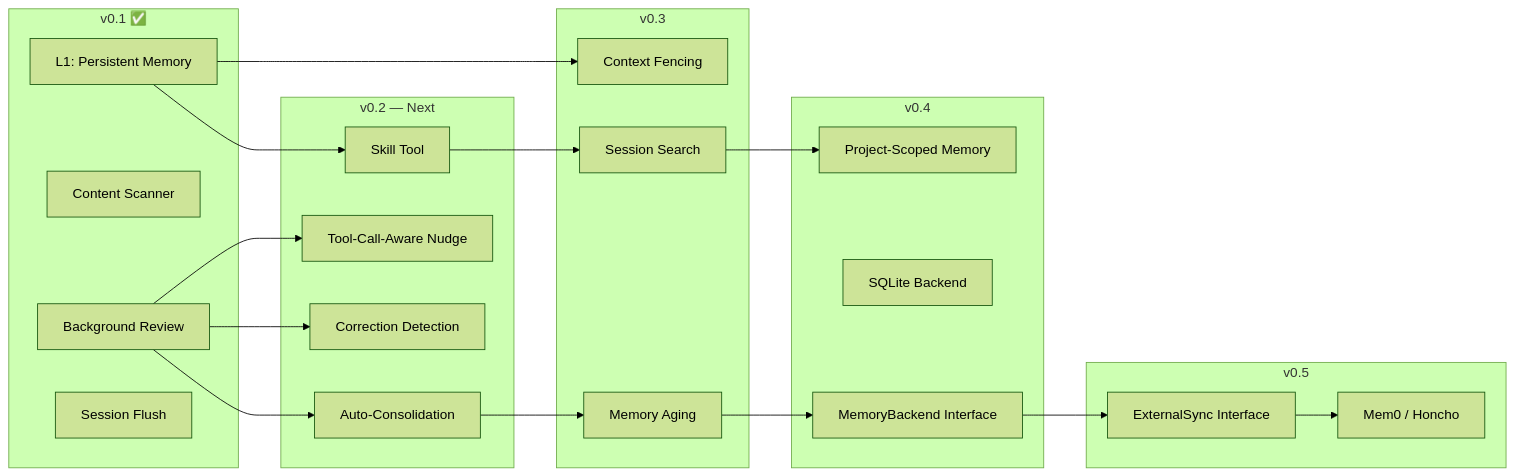
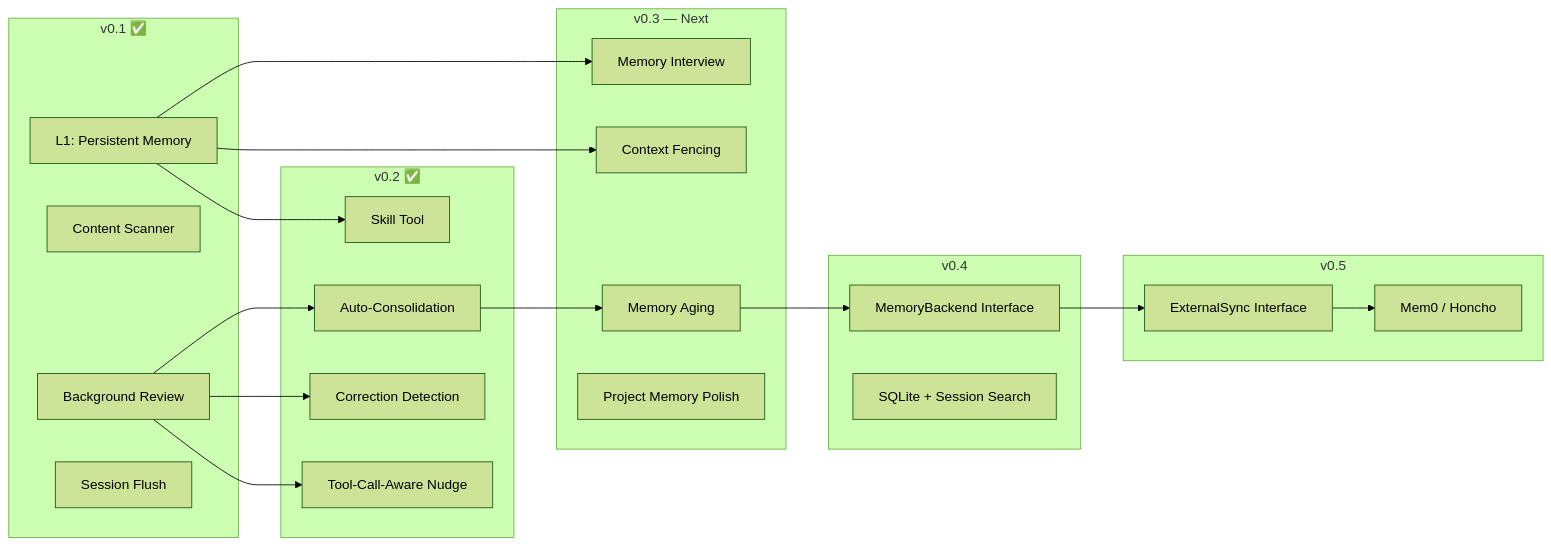
One commit to chandra447/pi-hermes-memory changed the first of 2 diagrams in docs/ROADMAP.md. Above: the diagram before and after it, drawn with Mermaid (forest theme). The commit also changed other lines of this file and 2 other files, not shown here.

First line of the commit message:
docs: add v0.3 plan — interview, fencing, aging, project polish

````diff
--- a/docs/ROADMAP.md
+++ b/docs/ROADMAP.md
@@ -74,45 +74,44 @@
 ```mermaid
 graph LR
     subgraph "v0.1 ✅"
         A[L1: Persistent Memory]
         B[Content Scanner]
         C[Background Review]
         D[Session Flush]
     end
 
-    subgraph "v0.2 — Next"
+    subgraph "v0.2 ✅"
         E[Skill Tool]
         F[Auto-Consolidation]
         G[Correction Detection]
         H[Tool-Call-Aware Nudge]
     end
 
-    subgraph "v0.3"
-        I[Session Search]
+    subgraph "v0.3 — Next"
+        I[Memory Interview]
         J[Context Fencing]
         K[Memory Aging]
+        L[Project Memory Polish]
     end
 
     subgraph "v0.4"
-        L[MemoryBackend Interface]
-        M[SQLite Backend]
-        N[Project-Scoped Memory]
+        M[MemoryBackend Interface]
+        N[SQLite + Session Search]
     end
 
     subgraph "v0.5"
         O[ExternalSync Interface]
         P[Mem0 / Honcho]
     end
 
     A --> E
     C --> F
     C --> G
     C --> H
-    E --> I
+    A --> J
     F --> K
-    A --> J
-    K --> L
-    I --> N
-    L --> O
+    A --> I
+    K --> M
+    M --> O
     O --> P
 ```
````
